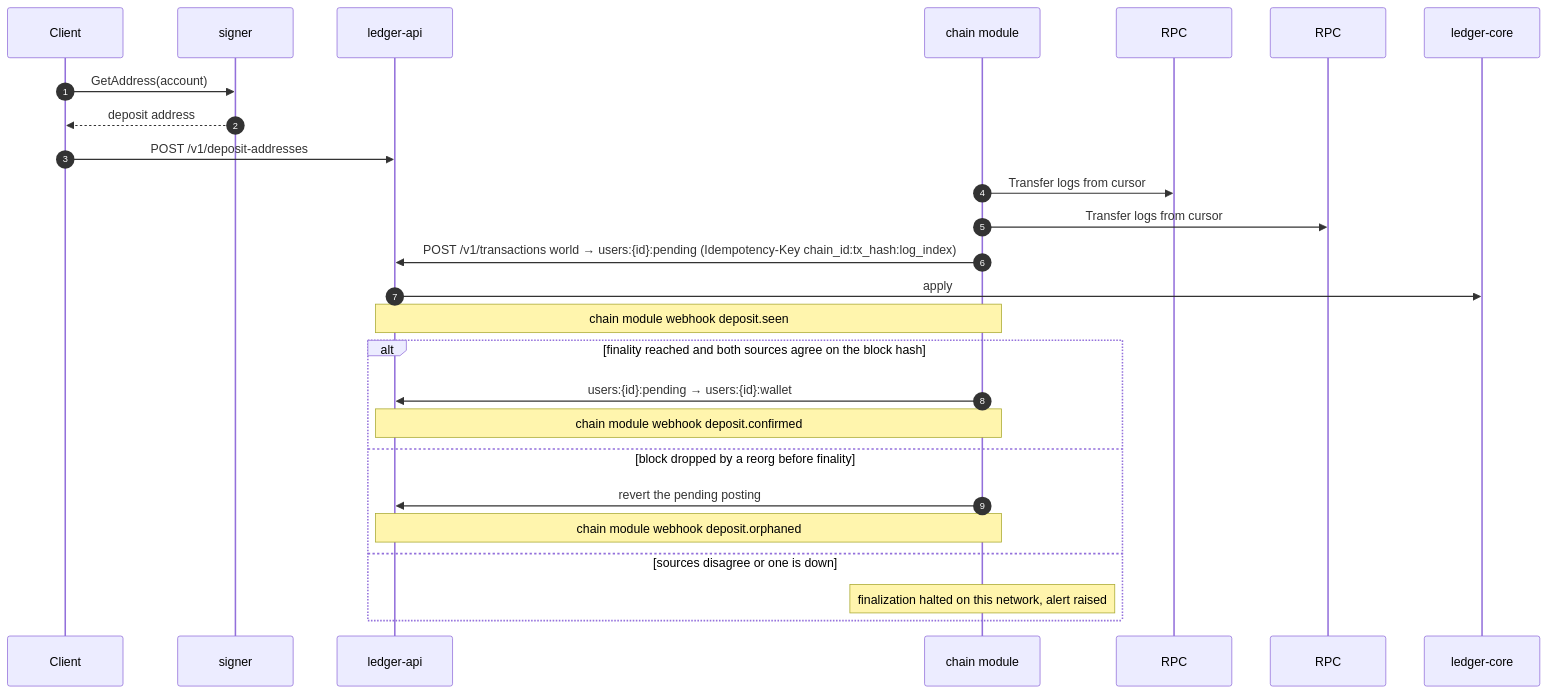
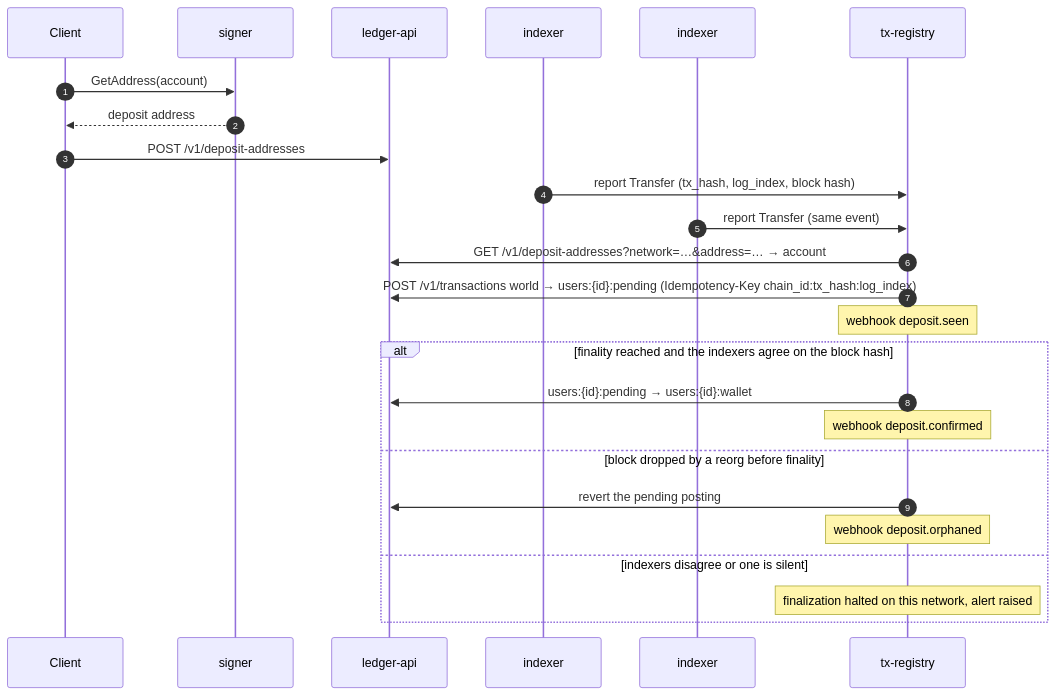
Before and after one commit to Next-Vector/stablecoin-ledger: the second of 5 diagrams in docs/architecture.md, drawn with Mermaid. The commit also changed other lines of this file and 3 other files, not shown here.

Commit message:
docs: describe the tx registry, indexers and withdrawer (#72)

````diff
--- a/docs/architecture.md
+++ b/docs/architecture.md
@@ -64,29 +69,28 @@
 ```mermaid
 sequenceDiagram
     autonumber
     participant C as Client
     participant S as signer
     participant A as ledger-api
-    participant W as chain module
-    participant R1 as RPC #1
-    participant R2 as RPC #2
-    participant L as ledger-core
+    participant I1 as indexer #1
+    participant I2 as indexer #2
+    participant R as tx-registry
 
     C->>S: GetAddress(account)
     S-->>C: deposit address
     C->>A: POST /v1/deposit-addresses
-    W->>R1: Transfer logs from cursor
-    W->>R2: Transfer logs from cursor
-    W->>A: POST /v1/transactions world → users:{id}:pending (Idempotency-Key chain_id:tx_hash:log_index)
-    A->>L: apply
-    Note over W,A: chain module webhook deposit.seen
-    alt finality reached and both sources agree on the block hash
-        W->>A: users:{id}:pending → users:{id}:wallet
-        Note over W,A: chain module webhook deposit.confirmed
+    I1->>R: report Transfer (tx_hash, log_index, block hash)
+    I2->>R: report Transfer (same event)
+    R->>A: GET /v1/deposit-addresses?network=…&address=… → account
+    R->>A: POST /v1/transactions world → users:{id}:pending (Idempotency-Key chain_id:tx_hash:log_index)
+    Note over R: webhook deposit.seen
+    alt finality reached and the indexers agree on the block hash
+        R->>A: users:{id}:pending → users:{id}:wallet
+        Note over R: webhook deposit.confirmed
     else block dropped by a reorg before finality
-        W->>A: revert the pending posting
-        Note over W,A: chain module webhook deposit.orphaned
-    else sources disagree or one is down
-        Note over W: finalization halted on this network, alert raised
+        R->>A: revert the pending posting
+        Note over R: webhook deposit.orphaned
+    else indexers disagree or one is silent
+        Note over R: finalization halted on this network, alert raised
     end
 ```
````
